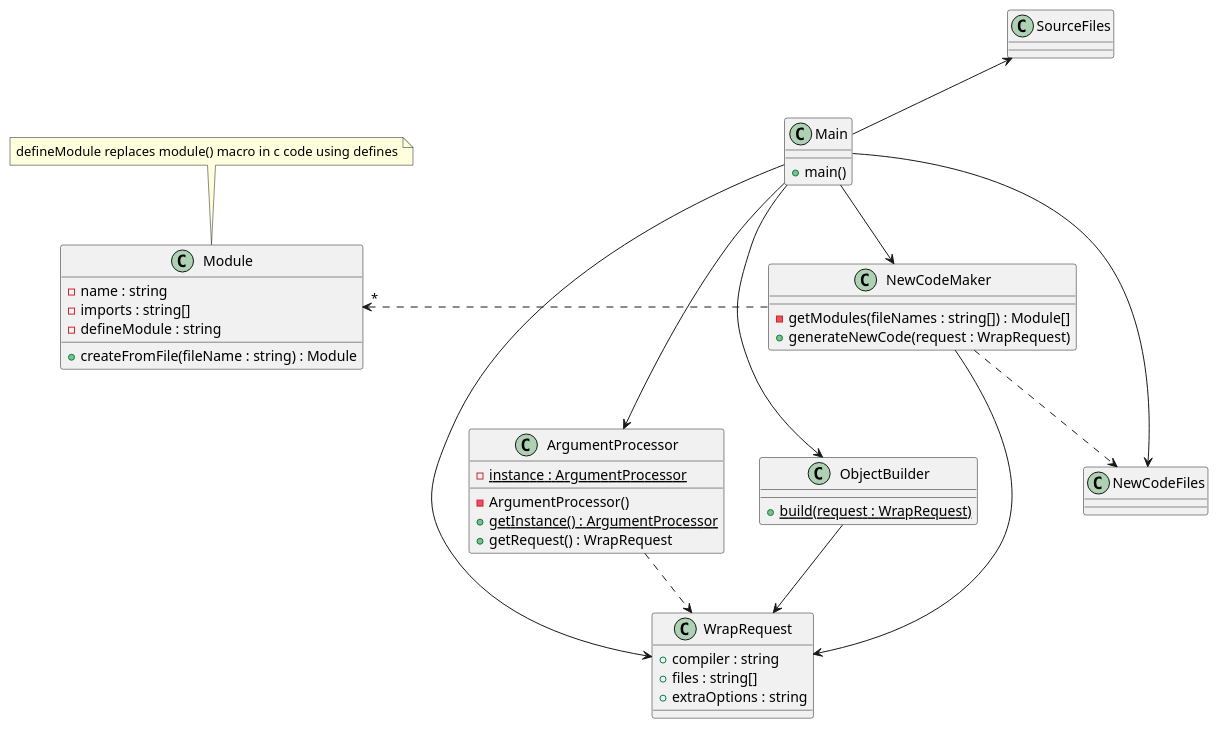
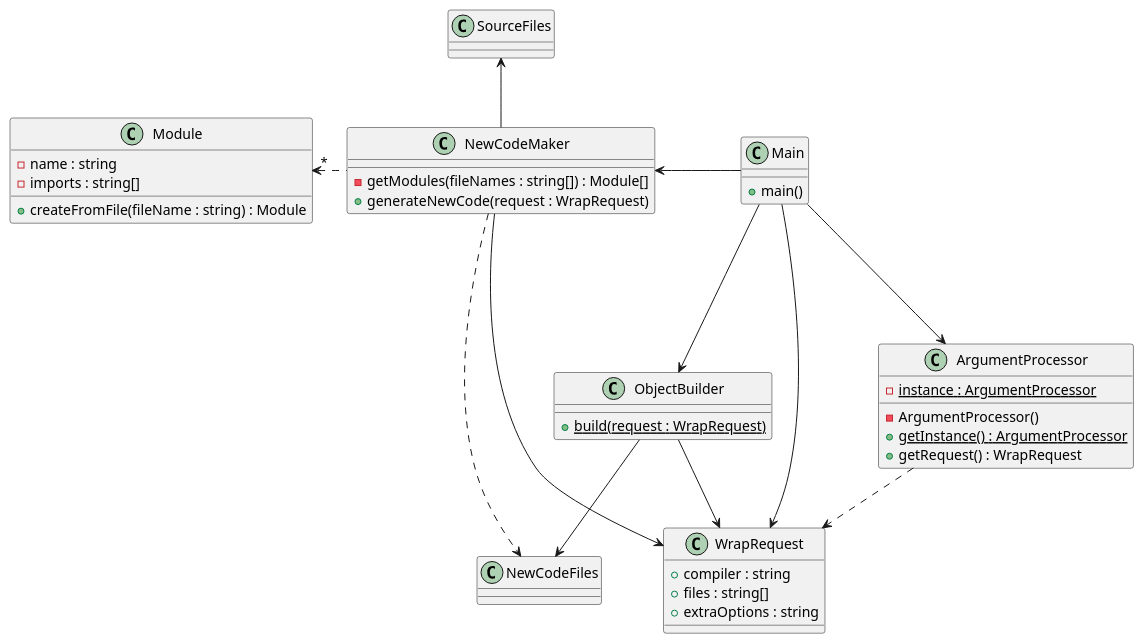
The diagram in docs/design1.plantuml (blueOkiris/dcw), drawn with PlantUML before and after one commit. The commit also changed 1 other file, not shown here.

Commit message:
Updated uml image

```diff
--- a/docs/design1.plantuml
+++ b/docs/design1.plantuml
@@ -1,55 +1,54 @@
 @startuml design1
 
 class SourceFiles
 class NewCodeFiles
 
 class Main {
     + main()
 }
 
 class Module {
     - name : string
     - imports : string[]
-    - defineModule : string
 
     + createFromFile(fileName : string) : Module
 }
 
 class WrapRequest {
     + compiler : string
     + files : string[]
     + extraOptions : string
 }
 
 class ArgumentProcessor {
     - {static} instance : ArgumentProcessor
     - ArgumentProcessor()
     + {static} getInstance() : ArgumentProcessor
     + getRequest() : WrapRequest
 }
 
-note top of Module : defineModule replaces module() macro in c code using defines
-
 class NewCodeMaker {
     - getModules(fileNames : string[]) : Module[]
     + generateNewCode(request : WrapRequest)
 }
 
 class ObjectBuilder {
     + {static} build(request : WrapRequest)
 }
 
 Main --d-> ArgumentProcessor
+Main ---> ObjectBuilder
+Main --d-> WrapRequest
+Main --l-> NewCodeMaker
+
 ArgumentProcessor ..> WrapRequest
-Main --d-> WrapRequest
-Main -u-> SourceFiles
-SourceFiles -[hidden]> NewCodeFiles
-Main -d-> NewCodeMaker
+
+NewCodeMaker -u-> SourceFiles
 NewCodeMaker .l.> "*" Module
 NewCodeMaker ..> NewCodeFiles
-Main ---> NewCodeFiles
 NewCodeMaker --> WrapRequest
+
 ObjectBuilder --> WrapRequest
-Main ---> ObjectBuilder
+ObjectBuilder --> NewCodeFiles
 
 @enduml
```
